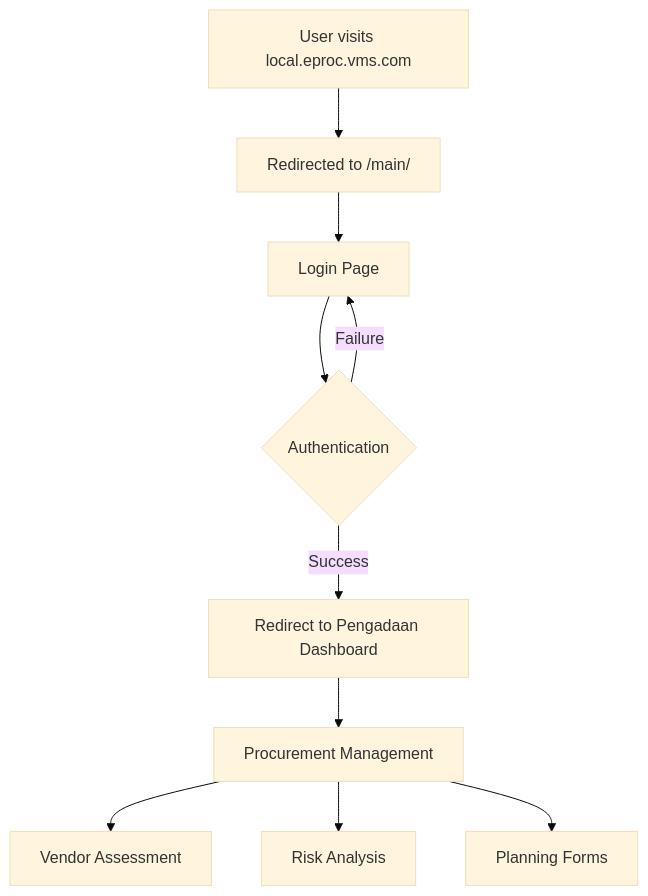
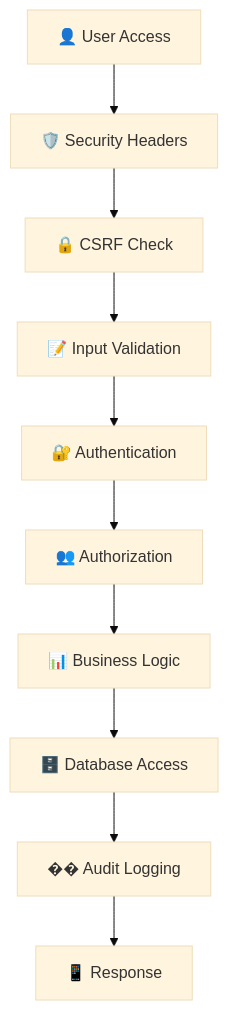
Before and after one commit to revanza-git/eproc-vms-pengadaan: the diagram in README.md, drawn with Mermaid (base theme). The commit also changed other lines of this file and 8 other files, not shown here.

First line of the commit message:
Security Enhancement: Complete overhaul of password hashing and authentication system

````diff
--- a/README.md
+++ b/README.md
@@ -153,12 +415,12 @@
 ```mermaid
 graph TD
-    A[User visits local.eproc.vms.com] --> B[Redirected to /main/]
-    B --> C[Login Page]
-    C --> D{Authentication}
-    D -->|Success| E[Redirect to Pengadaan Dashboard]
-    D -->|Failure| C
-    E --> F[Procurement Management]
-    F --> G[Vendor Assessment]
-    F --> H[Risk Analysis]
-    F --> I[Planning Forms]
+    A[👤 User Access] --> B[🛡️ Security Headers]
+    B --> C[🔒 CSRF Check] 
+    C --> D[📝 Input Validation]
+    D --> E[🔐 Authentication]
+    E --> F[👥 Authorization]
+    F --> G[📊 Business Logic]
+    G --> H[🗄️ Database Access]
+    H --> I[�� Audit Logging]
+    I --> J[📱 Response]
 ```
````
